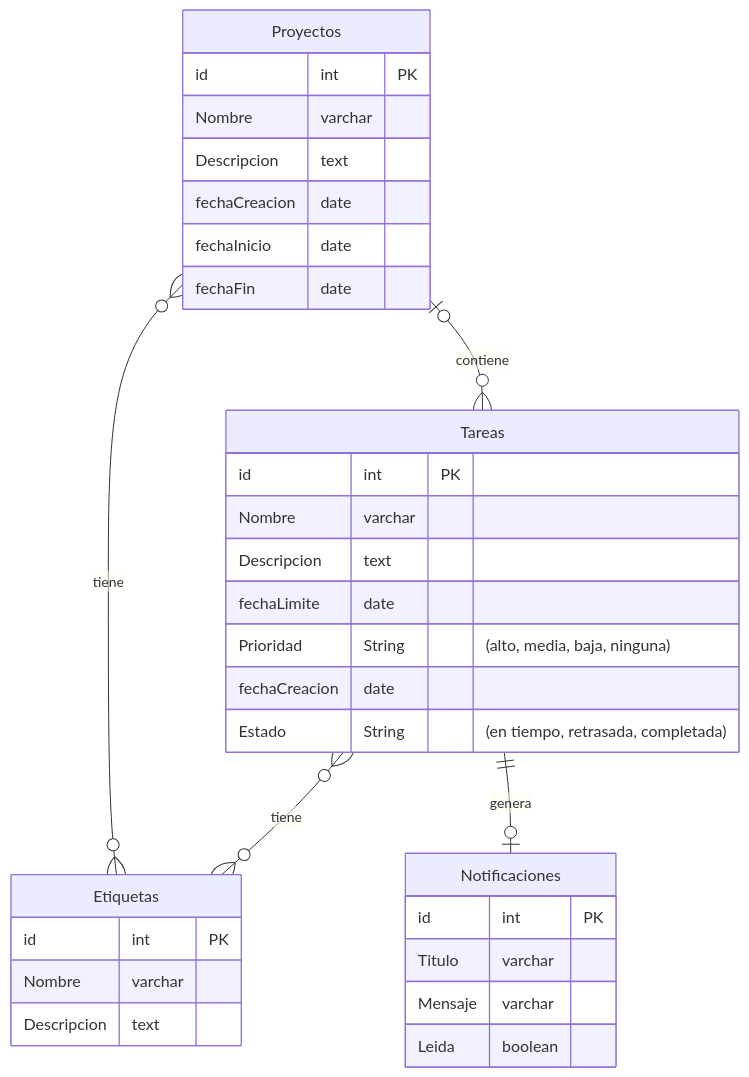
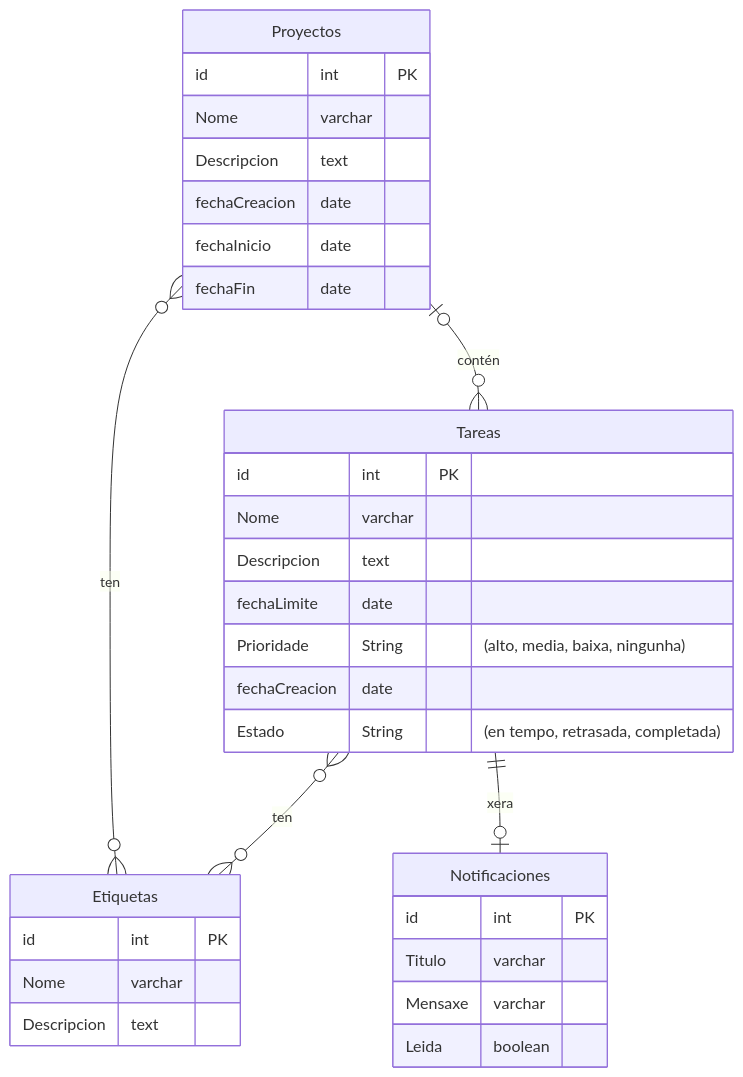
The third of 4 diagrams in doc/templates/3_deseño.md (a19albertons/Tus-Tareas), drawn with Mermaid before and after one commit. The commit also changed other lines of this file, not shown here.

````diff
--- a/doc/templates/3_deseño.md
+++ b/doc/templates/3_deseño.md
@@ -58,39 +58,38 @@
 ```mermaid
 erDiagram
-    %% tablas
+    %% taboas
     Tareas {
         id int PK
-        Nombre varchar
+        Nome varchar
         Descripcion text
         fechaLimite date
-        Prioridad String "(alto, media, baja, ninguna)"
+        Prioridade String "(alto, media, baixa, ningunha)"
         fechaCreacion date
-        Estado String "(en tiempo, retrasada, completada)"
-
+        Estado String "(en tempo, retrasada, completada)"
     }
     Proyectos {
         id int PK
-        Nombre varchar
+        Nome varchar
         Descripcion text
         fechaCreacion date
         fechaInicio date
         fechaFin date
     }
     Etiquetas {
         id int PK
-        Nombre varchar
+        Nome varchar
         Descripcion text
     }
     Notificaciones {
         id int PK
         Titulo varchar
-        Mensaje varchar
+        Mensaxe varchar
         Leida boolean
     }
 
-    %% relaciones
-    Proyectos o|--o{ Tareas : contiene
-    Proyectos o{--o{ Etiquetas : tiene
-    Tareas o{--o{ Etiquetas : tiene
-    Tareas ||--o| Notificaciones : genera
+    %% relacións
+    Proyectos o|--o{ Tareas : contén
+    Proyectos o{--o{ Etiquetas : ten
+    Tareas o{--o{ Etiquetas : ten
+    Tareas ||--o| Notificaciones : xera
 ```
````
